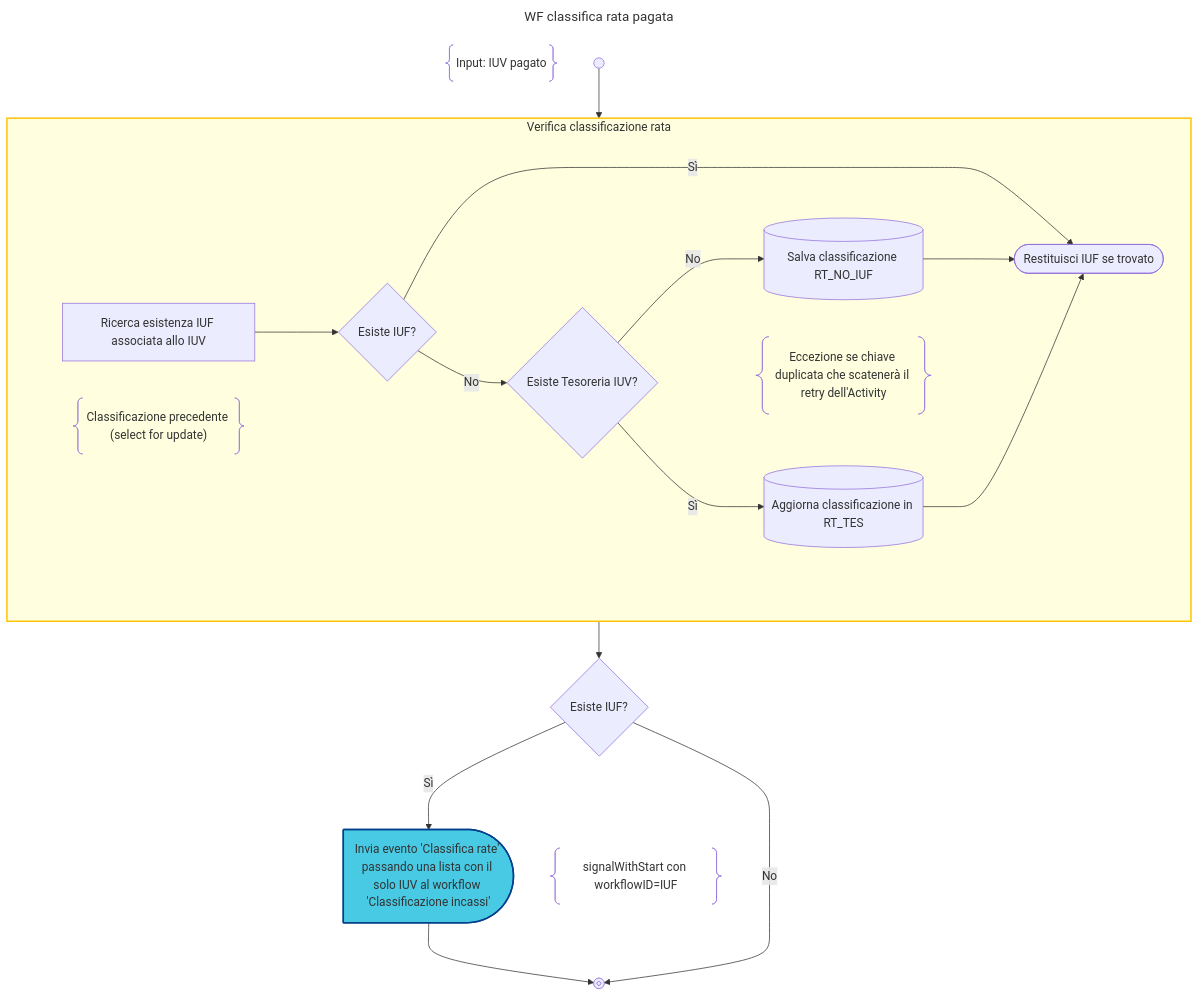
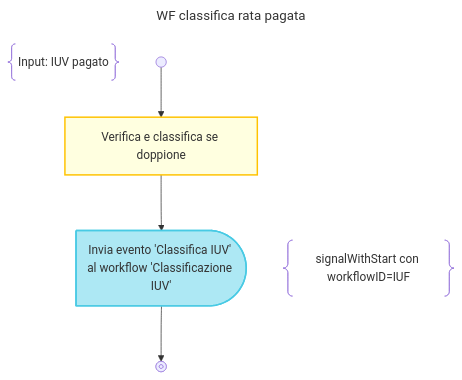
One commit to pagopa/p4pa-doc changed the diagram in design/workflow/classificazioneIncassi/ricevutaPagamento.mmd. Above: the diagram before and after it, drawn with Mermaid. The commit also changed 18 other files, not shown here.

Commit message:
P4ADEV-1358 review 'wf classificazione incassi'

```diff
--- a/design/workflow/classificazioneIncassi/ricevutaPagamento.mmd
+++ b/design/workflow/classificazioneIncassi/ricevutaPagamento.mmd
@@ -1,50 +1,20 @@
 ---
 title: WF classifica rata pagata
 ---
 flowchart TD
     DESCRIPTION@{ shape: braces, label: "Input: IUV pagato" }
-    START@{shape: start} --> CLASSIFY_IUV
+    START@{shape: start} --> CLASSIFY_DUPLICATE:::activity@{label: "Verifica e classifica se doppione"}
 
-    subgraph CLASSIFY_IUV["Verifica classificazione rata"]
-
-        FIND_IUF["Ricerca esistenza IUF associata allo IUV"]
-
-        subgraph FIND_IUF_NOTE_BLOCK
-            FIND_IUF
-            FIND_IUF_NOTE@{shape: braces, label: "Classificazione precedente (select for update)"}
-        end
-        class FIND_IUF_NOTE_BLOCK note_block
-
-        FIND_IUF -->
-        EXISTS_IUF{"Esiste IUF?"} -->
-        |No|EXISTS_TESORERIA_IUV{"Esiste Tesoreria IUV?"} -->
-        |No| SAVE_NO_IUF@{shape: database, label: "Salva classificazione RT_NO_IUF"}
-
-        subgraph SAVE_NO_IUF_NOTE_BLOCK
-            SAVE_NO_IUF
-            SAVE_NO_IUF_NOTE@{shape: braces, label: "Eccezione se chiave duplicata che scatenerà il retry dell'Activity"}
-        end
-        class SAVE_NO_IUF_NOTE_BLOCK note_block
-
-        EXISTS_TESORERIA_IUV --> |Sì| UPDATE_TES_NO_IUF@{shape: database, label: "Aggiorna classificazione in RT_TES"}
-
-        EXISTS_IUF -->|Sì|RETURN_IUF@{shape: stadium, label: "Restituisci IUF se trovato"}
-        SAVE_NO_IUF & UPDATE_TES_NO_IUF --> RETURN_IUF
-    end
-    class CLASSIFY_IUV activity
-
-    CLASSIFY_IUV --> EXISTS_IUF_WF{"Esiste IUF?"}
-    EXISTS_IUF_WF -->|Sì| SIGNAL
+    CLASSIFY_DUPLICATE -->SIGNAL
 
     subgraph SIGNAL_NOTE_BLOCK
-        SIGNAL:::send-signal@{shape: delay, label: "Invia evento 'Classifica rate' passando una lista con il solo IUV al workflow 'Classificazione incassi'"}
+        SIGNAL:::send-signal@{shape: delay, label: "Invia evento 'Classifica IUV' al workflow 'Classificazione IUV'"}
         SIGNAL_NOTE@{ shape: braces, label: "signalWithStart con workflowID=IUF" }
     end
     class SIGNAL_NOTE_BLOCK note_block
 
     SIGNAL --> END@{shape: stop}
-    EXISTS_IUF_WF -->|No|END
 
     classDef note_block display:none;
     classDef activity fill:#FFFFE0, stroke:#ffc300, stroke-width:2px;
-    classDef send-signal fill:#48cae4, stroke:#023e8a, stroke-width:2px
+    classDef send-signal fill:#ade8f4, stroke:#48cae4, stroke-width:2px
```
